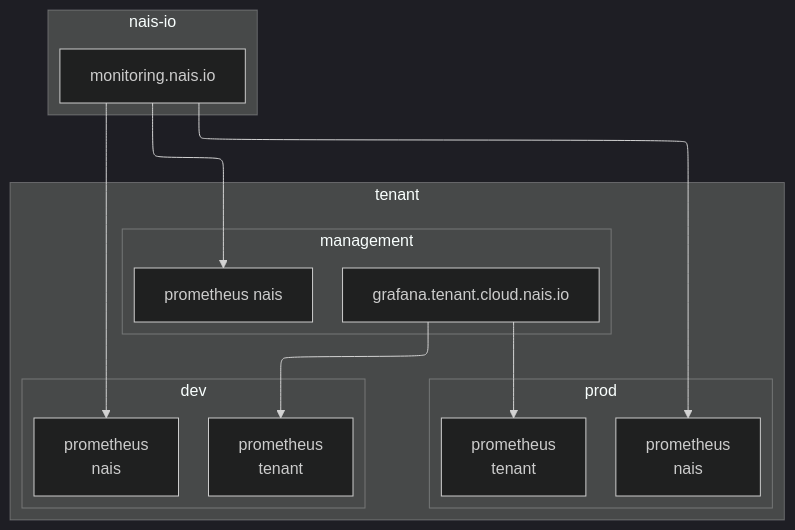
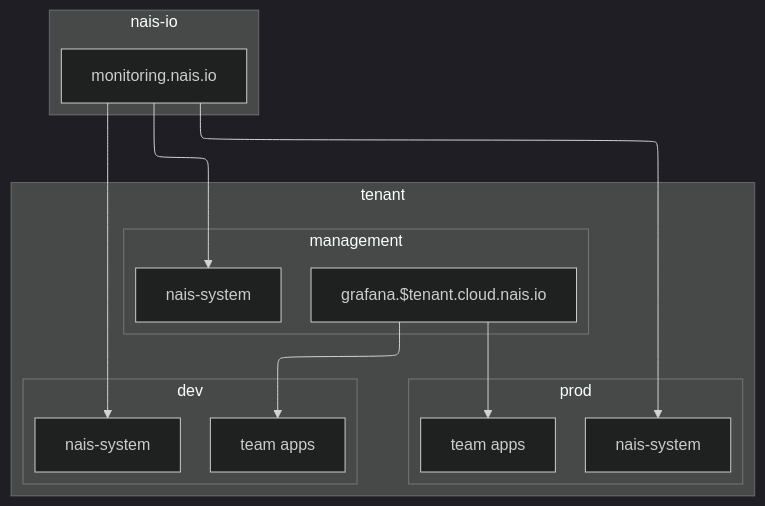
Before and after one commit to nais/handbook: the first of 5 diagrams in docs/technical/observability.md, drawn with Mermaid. The commit also changed other lines of this file and 1 other file, not shown here.

````diff
--- a/docs/technical/observability.md
+++ b/docs/technical/observability.md
@@ -9,32 +9,32 @@
 ```mermaid
 ---
 config:
     flowchart:
         defaultRenderer: elk
 ---
 %%{init: {'theme':'dark'}}%%
   flowchart
     subgraph "tenant"
       subgraph "dev"
-        prometheus-dev-nais[prometheus\nnais]
-        prometheus-dev-tenant[prometheus\ntenant]
+        prometheus-dev-nais[nais-system]
+        prometheus-dev-tenant[team apps]
       end
 
       subgraph "prod"
-        prometheus-prod-nais[prometheus\nnais]
-        prometheus-prod-tenant[prometheus\ntenant]
+        prometheus-prod-nais[nais-system]
+        prometheus-prod-tenant[team apps]
       end
 
       subgraph "management"
-        grafana-tenant[grafana.tenant.cloud.nais.io] --> prometheus-dev-tenant
-        grafana-tenant[grafana.tenant.cloud.nais.io] --> prometheus-prod-tenant
-        prometheus-management-nais["prometheus nais"]
+        grafana-tenant[grafana.$tenant.cloud.nais.io] --> prometheus-dev-tenant
+        grafana-tenant[grafana.$tenant.cloud.nais.io] --> prometheus-prod-tenant
+        prometheus-management-nais[nais-system]
       end
     end
 
     subgraph "nais-io"
       grafana-nais-io[monitoring.nais.io] --> prometheus-dev-nais
       grafana-nais-io[monitoring.nais.io] --> prometheus-prod-nais
       grafana-nais-io[monitoring.nais.io] --> prometheus-management-nais
     end
 ```
````
